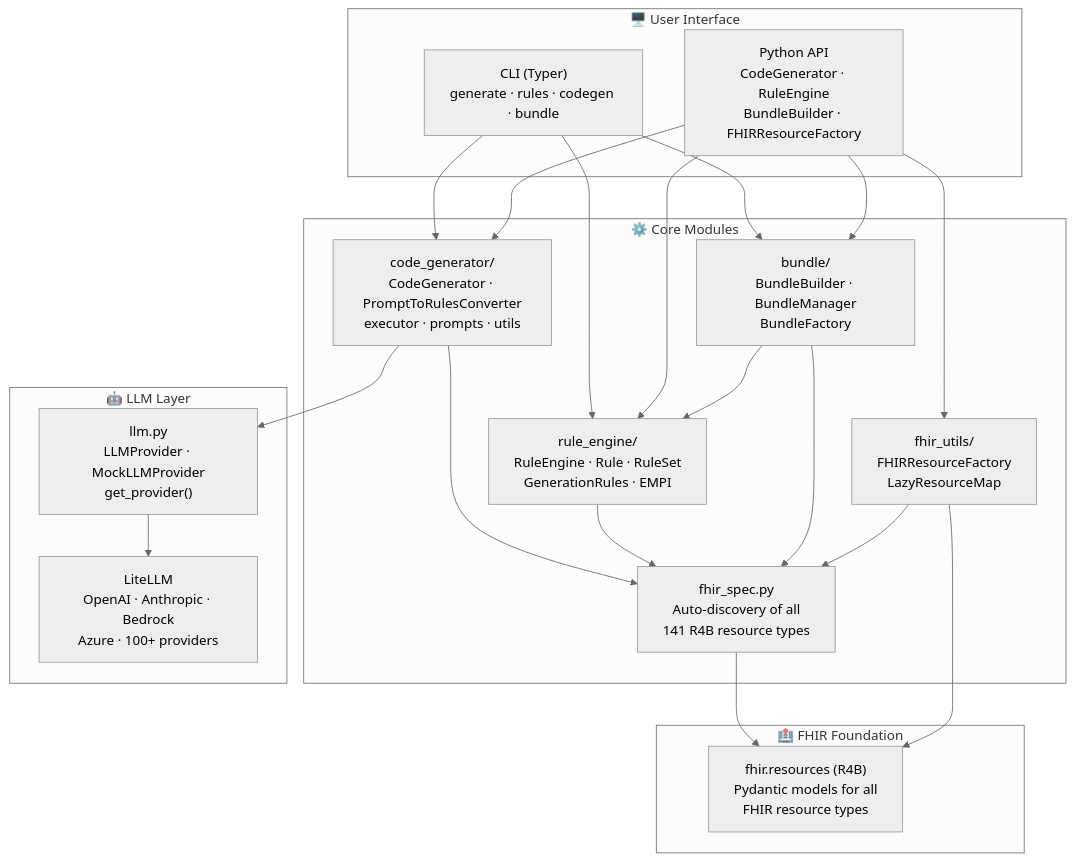
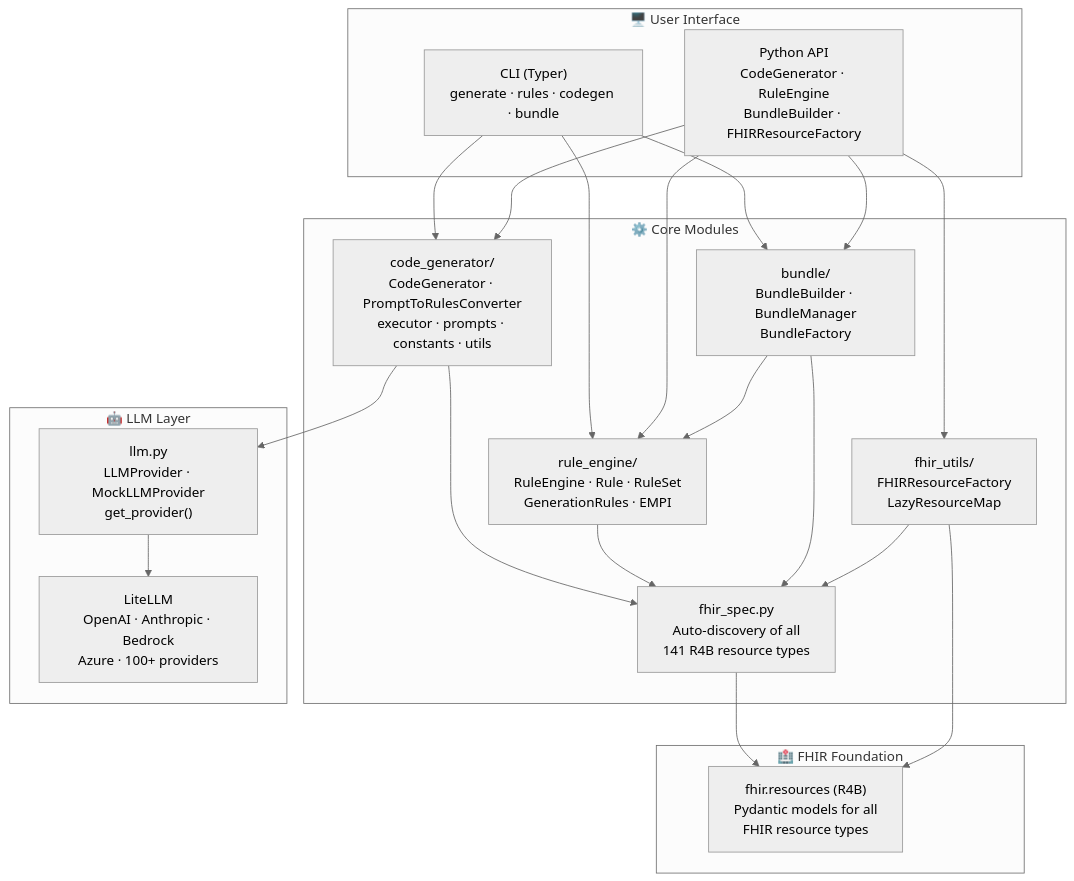
Before and after one commit to alvinhenrick/fhir-synth: the first of 3 diagrams in docs/architecture.md, drawn with Mermaid (neutral theme). The commit also changed other lines of this file, not shown here.

Commit message:
feat: update architecture documentation to reflect enhanced safety checks and dynamic system prompt assembly

````diff
--- a/docs/architecture.md
+++ b/docs/architecture.md
@@ -5,42 +5,42 @@
 ```mermaid
 graph TB
     subgraph UI["🖥️ User Interface"]
         CLI["CLI (Typer)\ngenerate · rules · codegen · bundle"]
         API["Python API\nCodeGenerator · RuleEngine\nBundleBuilder · FHIRResourceFactory"]
     end
 
     subgraph CORE["⚙️ Core Modules"]
-        CG["code_generator/\nCodeGenerator · PromptToRulesConverter\nexecutor · prompts · utils"]
+        CG["code_generator/\nCodeGenerator · PromptToRulesConverter\nexecutor · prompts · constants · utils"]
         RE["rule_engine/\nRuleEngine · Rule · RuleSet\nGenerationRules · EMPI"]
         BB["bundle/\nBundleBuilder · BundleManager\nBundleFactory"]
         FU["fhir_utils/\nFHIRResourceFactory\nLazyResourceMap"]
         FS["fhir_spec.py\nAuto-discovery of all\n141 R4B resource types"]
     end
 
     subgraph LLM_LAYER["🤖 LLM Layer"]
         LLM["llm.py\nLLMProvider · MockLLMProvider\nget_provider()"]
         LITELLM["LiteLLM\nOpenAI · Anthropic · Bedrock\nAzure · 100+ providers"]
     end
 
     subgraph FHIR["🏥 FHIR Foundation"]
         FR["fhir.resources (R4B)\nPydantic models for all\nFHIR resource types"]
     end
 
     CLI --> CG
     CLI --> RE
     CLI --> BB
     API --> CG
     API --> RE
     API --> BB
     API --> FU
 
     CG --> LLM
     CG --> FS
     RE --> FS
     BB --> RE
     BB --> FS
     FU --> FS
     LLM --> LITELLM
     FS --> FR
     FU --> FR
 ```
````
